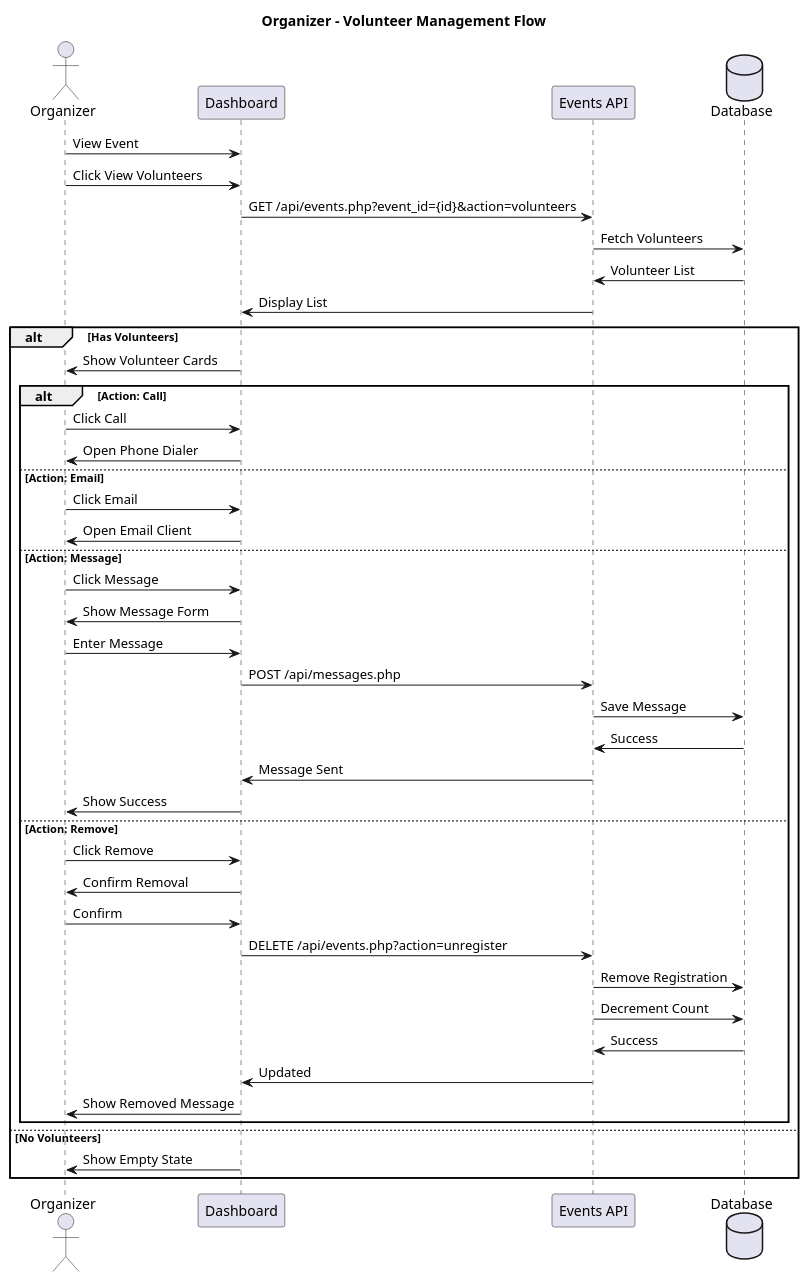
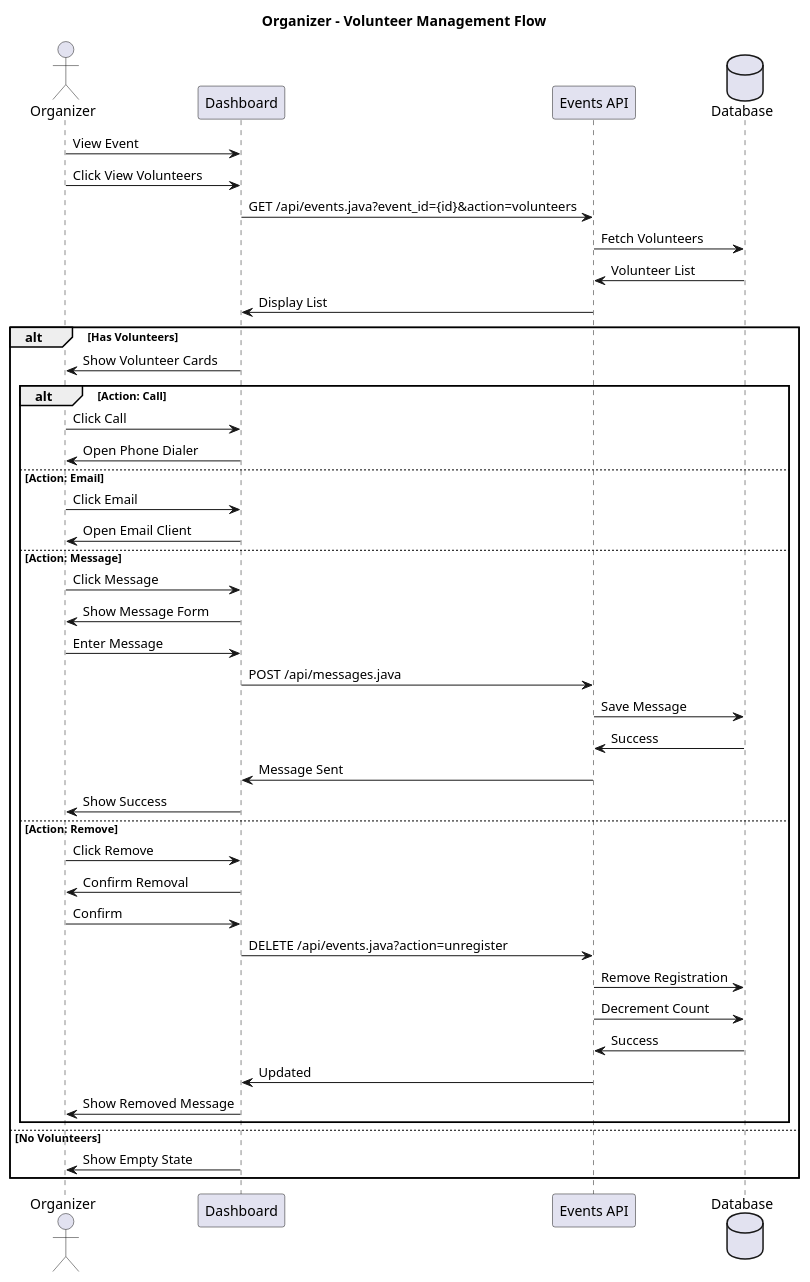
One commit to Llego-250/volunteerHub changed the fourth of 8 diagrams in flow_diagrams.puml. Above: the diagram before and after it, drawn with PlantUML. The commit also changed other lines of this file, not shown here.

Commit message:
flow diagram

```diff
--- a/flow_diagrams.puml
+++ b/flow_diagrams.puml
@@ -121,49 +121,49 @@
 @startuml
 title Organizer - Volunteer Management Flow
 
 actor Organizer
 participant "Dashboard" as OD
 participant "Events API" as API
 database "Database" as DB
 
 Organizer -> OD: View Event
 Organizer -> OD: Click View Volunteers
-OD -> API: GET /api/events.php?event_id={id}&action=volunteers
+OD -> API: GET /api/events.java?event_id={id}&action=volunteers
 API -> DB: Fetch Volunteers
 DB -> API: Volunteer List
 API -> OD: Display List
 
 alt Has Volunteers
     OD -> Organizer: Show Volunteer Cards
     
     alt Action: Call
         Organizer -> OD: Click Call
         OD -> Organizer: Open Phone Dialer
     else Action: Email
         Organizer -> OD: Click Email
         OD -> Organizer: Open Email Client
     else Action: Message
         Organizer -> OD: Click Message
         OD -> Organizer: Show Message Form
         Organizer -> OD: Enter Message
-        OD -> API: POST /api/messages.php
+        OD -> API: POST /api/messages.java
         API -> DB: Save Message
         DB -> API: Success
         API -> OD: Message Sent
         OD -> Organizer: Show Success
     else Action: Remove
         Organizer -> OD: Click Remove
         OD -> Organizer: Confirm Removal
         Organizer -> OD: Confirm
-        OD -> API: DELETE /api/events.php?action=unregister
+        OD -> API: DELETE /api/events.java?action=unregister
         API -> DB: Remove Registration
         API -> DB: Decrement Count
         DB -> API: Success
         API -> OD: Updated
         OD -> Organizer: Show Removed Message
     end
 else No Volunteers
     OD -> Organizer: Show Empty State
 end
 
 @enduml
```
